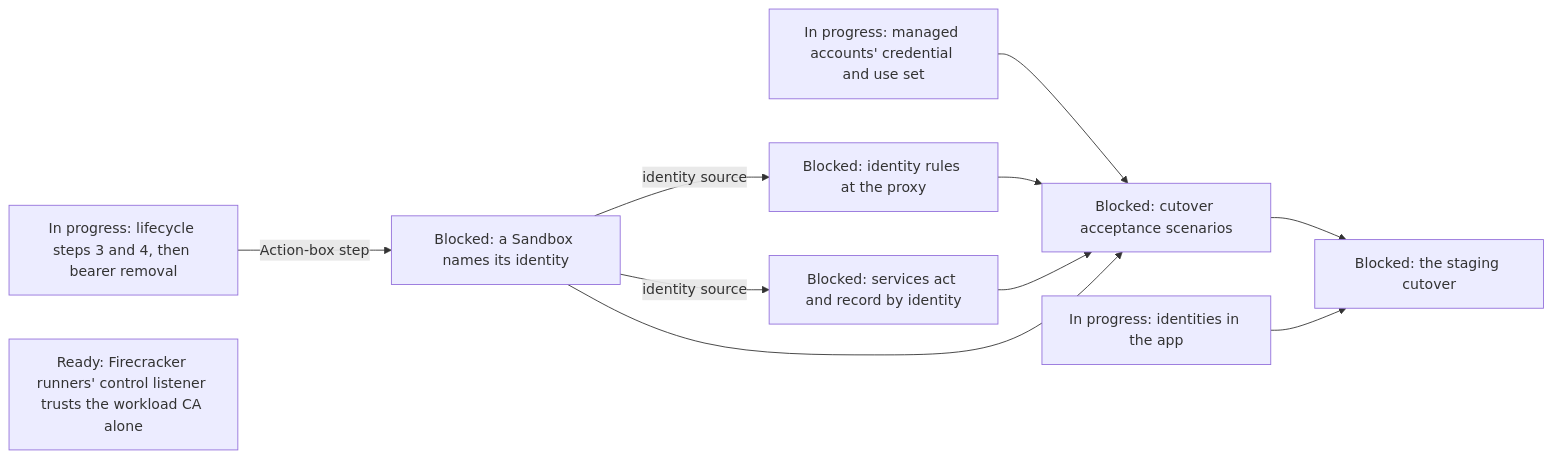
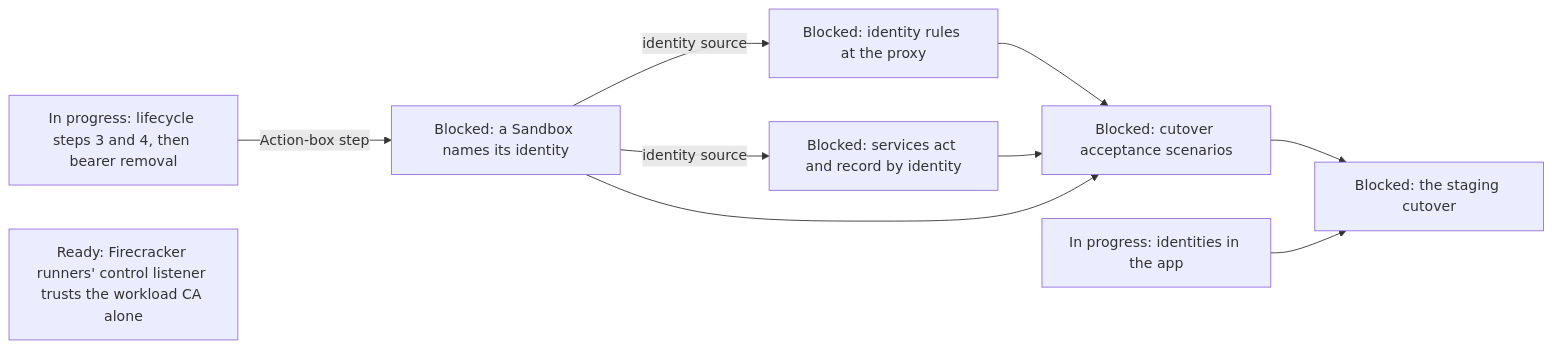
One commit to agentydragon/ducktape changed diagram 17 of 19 in agentplane/plans/task_dag.md. Above: the diagram before and after it, drawn with Mermaid. The commit also changed other lines of this file and 13 other files, not shown here.

Commit message:
agentplane: managed accounts' use objects get RBAC, admission and docs

````diff
--- a/agentplane/plans/task_dag.md
+++ b/agentplane/plans/task_dag.md
@@ -3015,16 +3015,14 @@
 ```mermaid
 flowchart LR
-    MANAGED_ACCOUNT_CREDENTIALS[In progress: managed accounts' credential and use set]
     WORKLOAD_AUTH_CUTOVER[In progress: lifecycle steps 3 and 4, then bearer removal]
     APP_IDENTITIES_UI[In progress: identities in the app]
     WORKLOAD_CA_CLIENT_TRUST[Ready: Firecracker runners' control listener trusts the workload CA alone]
     WORKLOAD_AUTH_CUTOVER -->|Action-box step| SANDBOX_IDENTITY_SPEC[Blocked: a Sandbox names its identity]
     SANDBOX_IDENTITY_SPEC -->|identity source| EGRESS_IDENTITY_RULES[Blocked: identity rules at the proxy]
     SANDBOX_IDENTITY_SPEC -->|identity source| SERVICES_IDENTITY_PRINCIPAL[Blocked: services act and record by identity]
-    MANAGED_ACCOUNT_CREDENTIALS --> IDENTITY_SYSTEM_TESTS[Blocked: cutover acceptance scenarios]
-    EGRESS_IDENTITY_RULES --> IDENTITY_SYSTEM_TESTS
+    EGRESS_IDENTITY_RULES --> IDENTITY_SYSTEM_TESTS[Blocked: cutover acceptance scenarios]
     SERVICES_IDENTITY_PRINCIPAL --> IDENTITY_SYSTEM_TESTS
     SANDBOX_IDENTITY_SPEC --> IDENTITY_SYSTEM_TESTS
     IDENTITY_SYSTEM_TESTS --> IDENTITY_CUTOVER[Blocked: the staging cutover]
     APP_IDENTITIES_UI --> IDENTITY_CUTOVER
 ```
````
